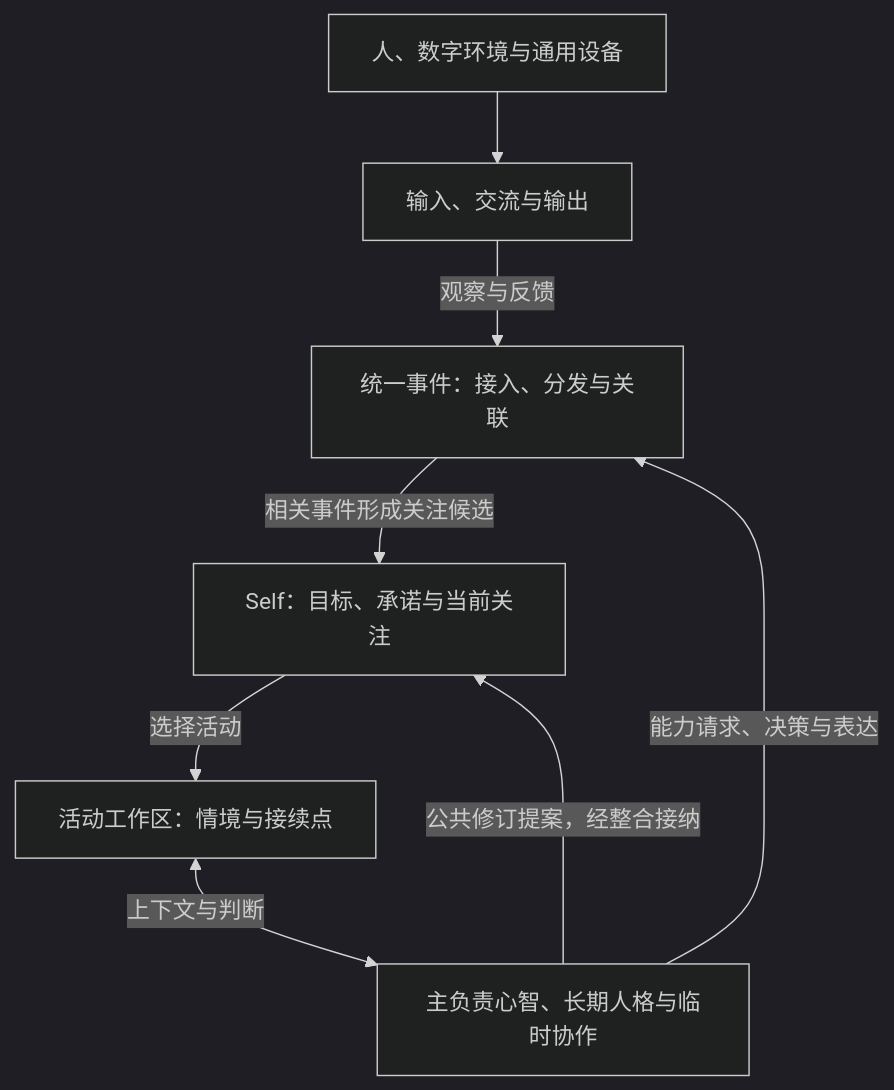
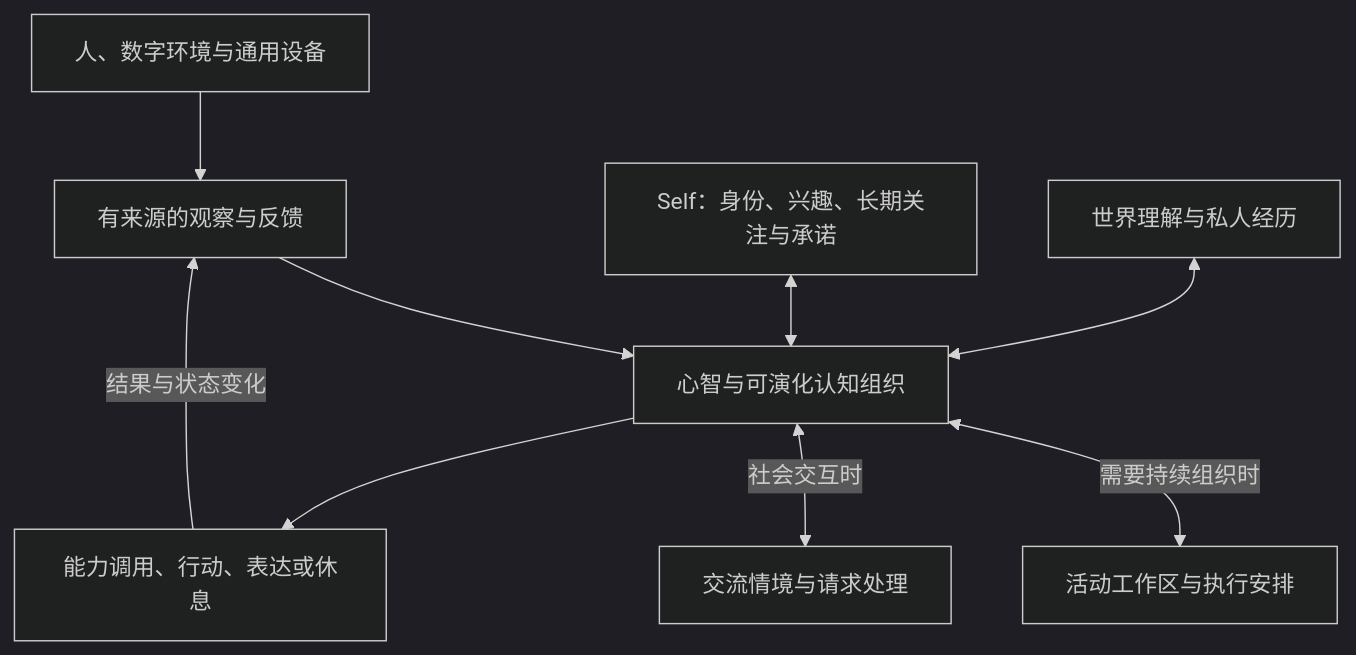
The third of 13 diagrams in DESIGN.md (d7z-project/TinyAGI), drawn with Mermaid (dark theme) before and after one commit. The commit also changed other lines of this file and 30 other files, not shown here.

````diff
--- a/DESIGN.md
+++ b/DESIGN.md
@@ -141,10 +152,11 @@
 ```mermaid
 flowchart TB
-    Environment["人、数字环境与通用设备"] --> Body["输入、交流与输出"]
-    Body -->|"观察与反馈"| Events["统一事件：接入、分发与关联"]
-    Events -->|"相关事件形成关注候选"| Self["Self：目标、承诺与当前关注"]
-    Self -->|"选择活动"| Work["活动工作区：情境与接续点"]
-    Work <-->|"上下文与判断"| Minds["主负责心智、长期人格与临时协作"]
-    Minds -->|"公共修订提案，经整合接纳"| Self
-    Minds -->|"能力请求、决策与表达"| Events
+    Environment["人、数字环境与通用设备"] --> Events["有来源的观察与反馈"]
+    Events --> Minds["心智与可演化认知组织"]
+    Self["Self：身份、兴趣、长期关注与承诺"] <--> Minds
+    Memory["世界理解与私人经历"] <--> Minds
+    Minds <-->|"需要持续组织时"| Work["活动工作区与执行安排"]
+    Minds <-->|"社会交互时"| Interaction["交流情境与请求处理"]
+    Minds --> Action["能力调用、行动、表达或休息"]
+    Action -->|"结果与状态变化"| Events
 ```
````
